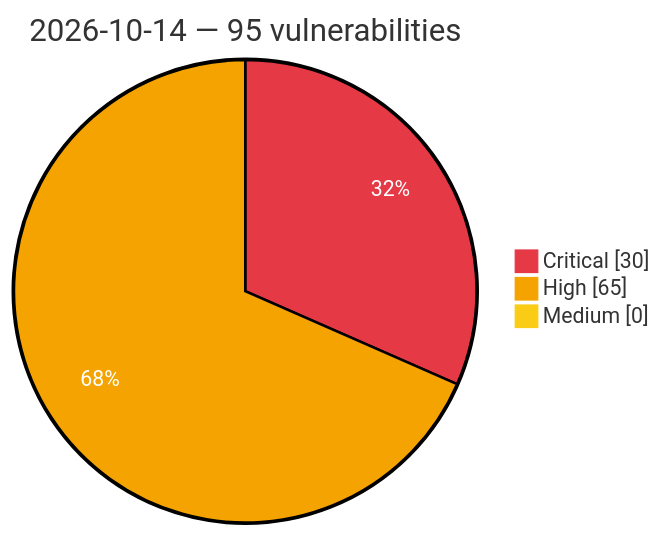
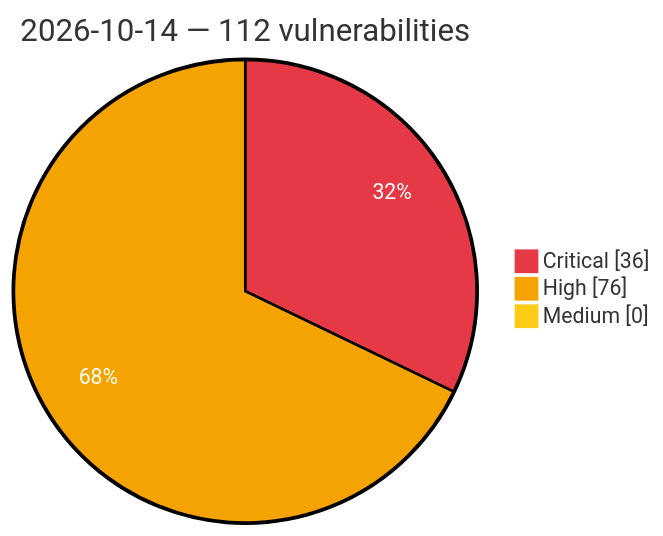
One commit to GhostX0X/vuln-tracker changed the diagram in vulnerabilities/2026/October/2026-10-14.md. Above: the diagram before and after it, drawn with Mermaid. The commit also changed other lines of this file and 5 other files, not shown here.

Commit message:
Auto update: critical/high vulns (2026-10-15 00:46 UTC)

````diff
--- a/vulnerabilities/2026/October/2026-10-14.md
+++ b/vulnerabilities/2026/October/2026-10-14.md
@@ -3,8 +3,8 @@
 ```mermaid
 %%{init: {'theme':'base', 'themeVariables': {'pie1':'#e63946', 'pie2':'#f4a300', 'pie3':'#facc15', 'pieOpacity':'1', 'pieOuterStrokeWidth':'2px', 'pieSectionTextColor':'#ffffff'}}}%%
 pie showData
-    title 2026-10-14 — 95 vulnerabilities
-    "Critical" : 30
-    "High" : 65
+    title 2026-10-14 — 112 vulnerabilities
+    "Critical" : 36
+    "High" : 76
     "Medium" : 0
 ```
````
